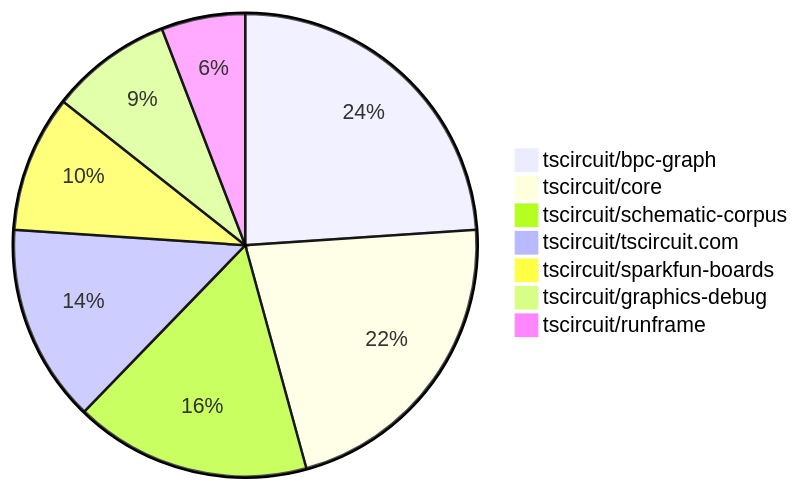
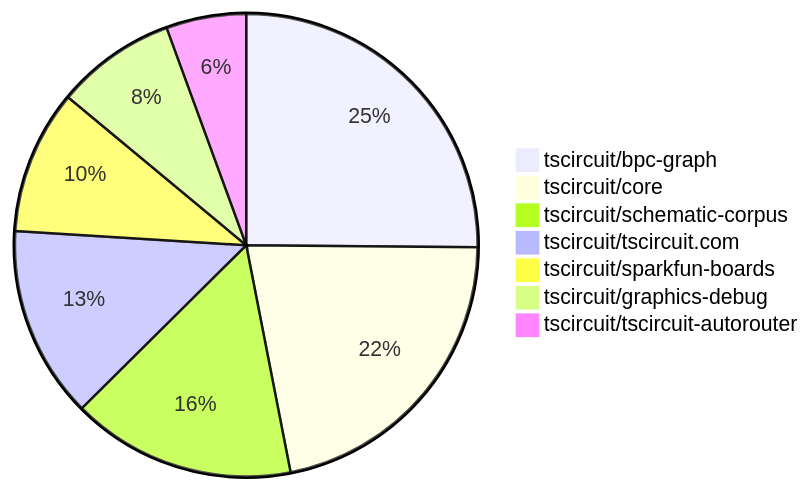
One commit to tscircuit/contribution-tracker changed the second of 2 diagrams in README.md. Above: the diagram before and after it, drawn with Mermaid. The commit also changed other lines of this file and 6 other files, not shown here.

````diff
--- a/README.md
+++ b/README.md
@@ -165,10 +165,10 @@
 ```mermaid
 pie
     "tscircuit/bpc-graph" : 45
-    "tscircuit/core" : 41
-    "tscircuit/schematic-corpus" : 31
-    "tscircuit/tscircuit.com" : 26
+    "tscircuit/core" : 39
+    "tscircuit/schematic-corpus" : 28
+    "tscircuit/tscircuit.com" : 24
     "tscircuit/sparkfun-boards" : 18
-    "tscircuit/graphics-debug" : 16
-    "tscircuit/runframe" : 11
+    "tscircuit/graphics-debug" : 15
+    "tscircuit/tscircuit-autorouter" : 10
 ```
````
